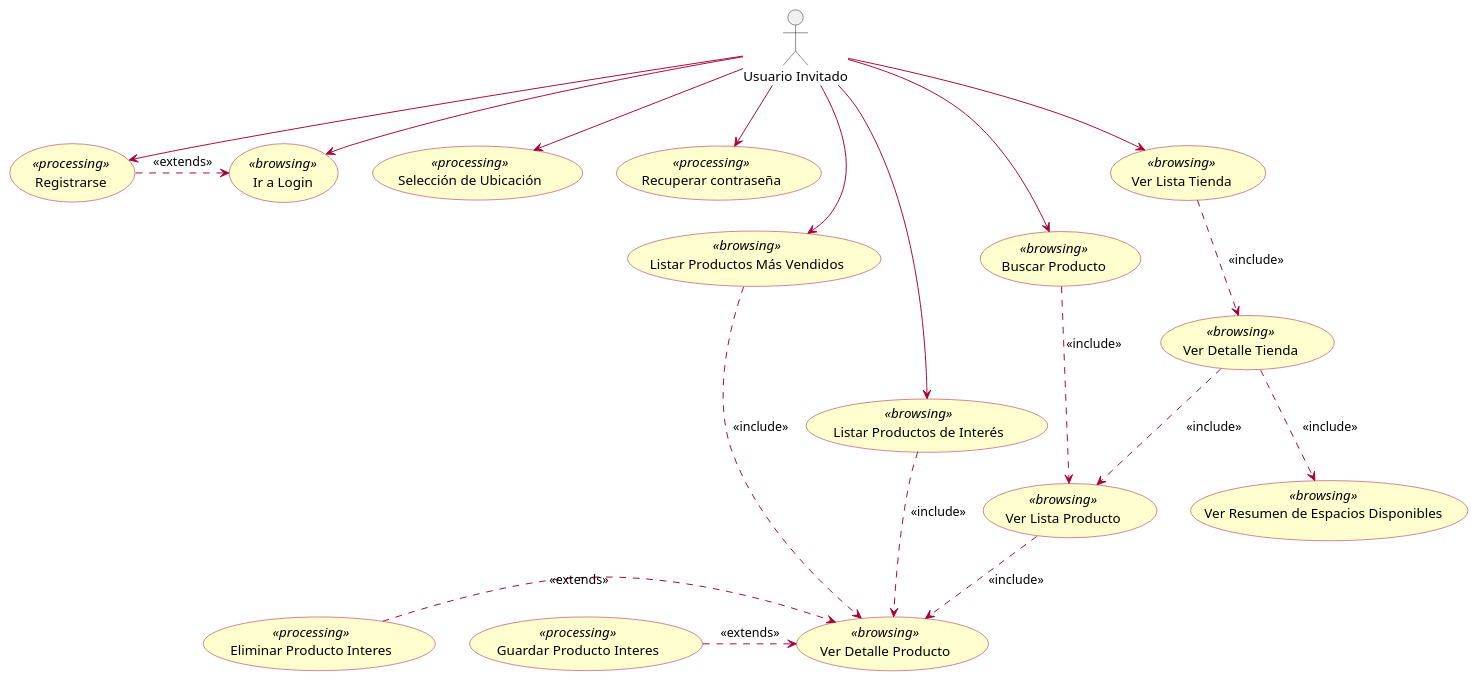
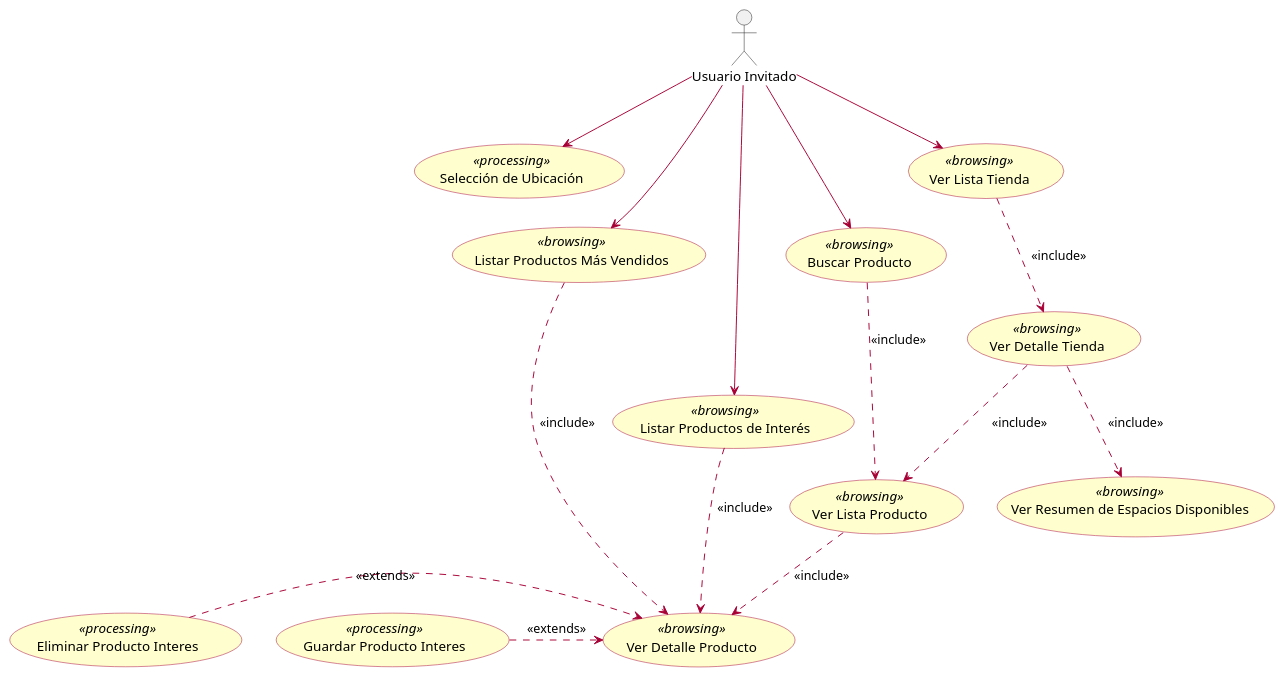
Before and after one commit to AinsleyJack/UWE-Tienda-Colectiva: the diagram in Requirements Model/guest_user/UseCases/guest_user_usecases.puml, drawn with PlantUML. The commit also changed 8 other files, not shown here.

```diff
--- a/Requirements Model/guest_user/UseCases/guest_user_usecases.puml
+++ b/Requirements Model/guest_user/UseCases/guest_user_usecases.puml
@@ -1,103 +1,91 @@
 @startuml guest_user_usecases
 allow_mixing
 
 skinparam shadow false
 skinparam roundCorner 15
 skinparam class {
   BackgroundColor #FEFECE
   BorderColor #A80036
   ArrowColor #A80036
 }
 skinparam usecase {
   BackgroundColor #FEFECE
   BorderColor #A80036
   ArrowColor #A80036
 }
 
 actor "Usuario Invitado" as AnonUser
 
 ' ==========================================
 ' MODELO DE REQUISITOS (UWE) - CASOS DE USO
 ' ==========================================
 ' Stereotypes utilizados:
 ' <<browsing>>   : Casos de uso de navegación (visualización de información).
 ' <<processing>> : Casos de uso de proceso (lógica de negocio o cambio de estado).
 
 ' ------------------------------------------
 ' 1. GESTIÓN DE UBICACIÓN
 ' ------------------------------------------
 usecase "Selección de Ubicación" as SelectLocation <<processing>>
 
-' ------------------------------------------
-' 2. GESTIÓN DE ACCESO
-' ------------------------------------------
-usecase "Ir a Login" as GoToLogin <<browsing>>
-usecase "Registrarse" as Register <<processing>>
-usecase "Recuperar contraseña" as Recover<<processing>>
 
 ' ------------------------------------------
 ' 3. NAVEGACIÓN Y BÚSQUEDA DE PRODUCTOS
 ' ------------------------------------------
 usecase "Listar Productos Más Vendidos" as ViewMostSold <<browsing>>
 usecase "Buscar Producto" as SearchProduct <<browsing>>
 usecase "Listar Productos de Interés" as InterestProduct <<browsing>>
 
 ' ------------------------------------------
 ' 4. NAVEGACIÓN POR TIENDAS
 ' ------------------------------------------
 usecase "Ver Lista Tienda" as ViewStoreList <<browsing>>
 usecase "Ver Detalle Tienda" as ViewStoreDetail <<browsing>>
 usecase "Ver Resumen de Espacios Disponibles" as ViewSpaceList <<browsing>>
 
 ' ------------------------------------------
 ' 5. SUB-CASOS DE USO (REUTILIZABLES)
 ' ------------------------------------------
 usecase "Ver Lista Producto" as ViewProductList <<browsing>>
 usecase "Ver Detalle Producto" as ViewProductDetail <<browsing>>
 usecase "Guardar Producto Interes" as SaveInterestProduct <<processing>>
 usecase "Eliminar Producto Interes" as DeleteInterestProduct <<processing>>
 
 
 ' ==========================================
 ' RELACIONES ENTRE ACTORES Y CASOS DE USO
 ' ==========================================
 
 ' 1. Ubicación
 AnonUser --> SelectLocation
 
-' 2. Login y Registro
-AnonUser --> GoToLogin
-Register .> GoToLogin : <<extends>>
-AnonUser --> Register
-AnonUser --> Recover
-
 ' 3. Productos de Interés
 ' Flujo: Ver Lista -> Ver Detalle (Include) -> Eliminar (Extend)
 AnonUser --> InterestProduct
 InterestProduct ..> ViewProductDetail : <<include>>
 
 ' 4. Productos Más Vendidos
 ' Flujo: Ver Lista -> Ver Detalle (Include) -> Guardar/Eliminar Interés (Extend)
 AnonUser --> ViewMostSold
 ViewMostSold ..> ViewProductDetail : <<include>>
 ViewProductList ..> ViewProductDetail : <<include>>
 SaveInterestProduct .> ViewProductDetail : <<extends>>
 DeleteInterestProduct .> ViewProductDetail : <<extends>>
 
 
 ' 5. Búsqueda de Productos
 ' Flujo: Buscar -> Ver Lista (Include) -> ...
 AnonUser --> SearchProduct
 SearchProduct ..> ViewProductList : <<include>>
 
 
 ' 6. Tiendas
 ' Flujo: Ver Lista Tiendas -> Ver Detalle Tienda (Include) -> Ver Productos/Espacios (Include)
 AnonUser --> ViewStoreList
 ViewStoreList ..> ViewStoreDetail : <<include>>
 
 ' Detalle tienda incluye opciones de navegación adicionales
 ViewStoreDetail ..> ViewSpaceList : <<include>>
 ViewStoreDetail ..> ViewProductList : <<include>>
 
 @enduml
```
